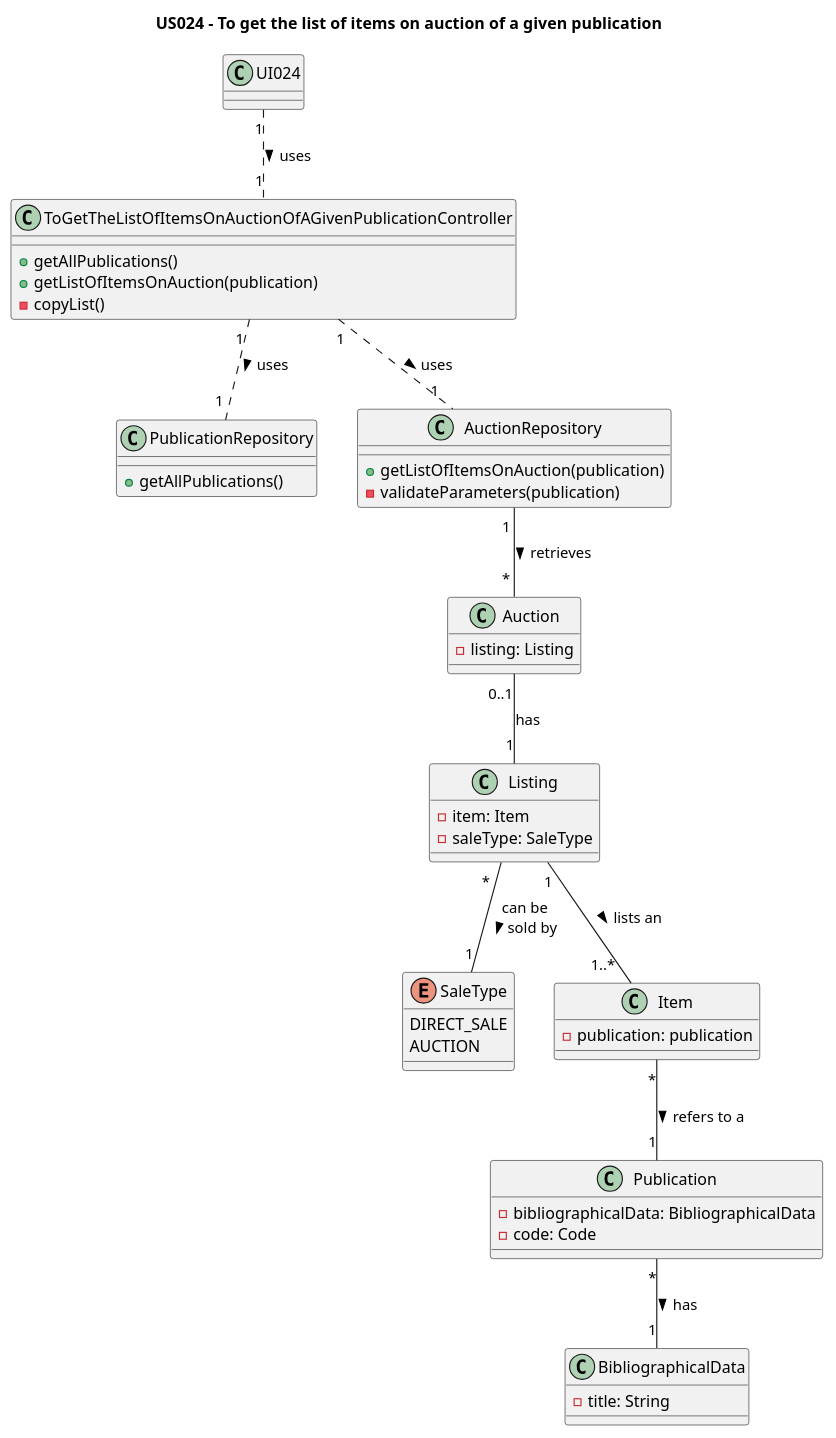
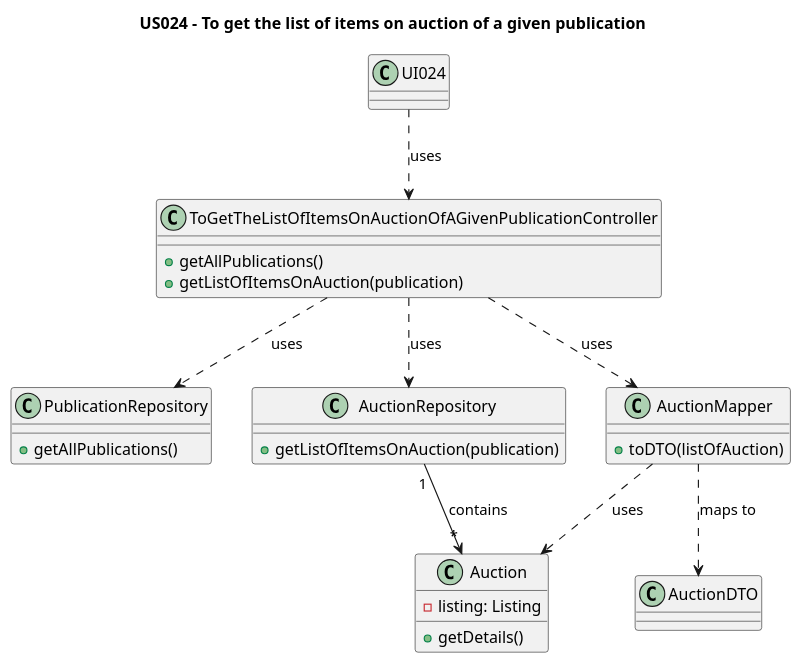
One commit to AndrePereiraGitH/SWitCH-Project-Team_A changed the diagram in Diagrams/ClassDiagrams/US024-to-get-the-list-of-items-on-auction-of-a-given-publication.puml. Above: the diagram before and after it, drawn with PlantUML. The commit also changed 6 other files, not shown here.

```diff
--- a/Diagrams/ClassDiagrams/US024-to-get-the-list-of-items-on-auction-of-a-given-publication.puml
+++ b/Diagrams/ClassDiagrams/US024-to-get-the-list-of-items-on-auction-of-a-given-publication.puml
@@ -1,67 +1,80 @@
 @startuml
 title US024 - To get the list of items on auction of a given publication
 
 class UI024 {
 
 }
 
 class ToGetTheListOfItemsOnAuctionOfAGivenPublicationController {
   +getAllPublications()
   +getListOfItemsOnAuction(publication)
-  -copyList()
 }
 
 class PublicationRepository{
     +getAllPublications()
 }
 
 class AuctionRepository {
   +getListOfItemsOnAuction(publication)
-  -validateParameters(publication)
 }
 
 class Auction {
  - listing: Listing
+   +getDetails()
 }
 
+class AuctionMapper {
+  +toDTO(listOfAuction)
+}
+
+class AuctionDTO {
+}
+
+/'
 class Listing {
   - item: Item
   - saleType: SaleType
 }
 
 enum SaleType {
     DIRECT_SALE
     AUCTION
 }
 
 ' class Item {
 '    - bibliographicalData: BibliographicalData
 '}
 
 class Item {
     - publication: publication
 }
 
 class Publication {
     - bibliographicalData: BibliographicalData
     - code: Code
 }
 
 class BibliographicalData {
     - title: String
 }
+'/
 
 ' Interactions
 
-UI024 "1" .. "1" ToGetTheListOfItemsOnAuctionOfAGivenPublicationController: uses >
-ToGetTheListOfItemsOnAuctionOfAGivenPublicationController  "1 " .. "1 " AuctionRepository : uses >
-ToGetTheListOfItemsOnAuctionOfAGivenPublicationController  "1 " .. "1 " PublicationRepository : uses >
-AuctionRepository "1 " -- " * " Auction : retrieves >
+UI024 ..> ToGetTheListOfItemsOnAuctionOfAGivenPublicationController: uses
+ToGetTheListOfItemsOnAuctionOfAGivenPublicationController ..> AuctionRepository : uses
+ToGetTheListOfItemsOnAuctionOfAGivenPublicationController ..> PublicationRepository : uses
+AuctionRepository "1" --> "*" Auction : contains
+ToGetTheListOfItemsOnAuctionOfAGivenPublicationController ..> AuctionMapper : uses
+AuctionMapper ..> AuctionDTO : maps to
+AuctionMapper ..> Auction : uses
+/'
 Auction "0..1" -- "1" Listing : has
 Listing "                                *" -- "1" SaleType : can be\nsold by >
 Listing "1" -- "1..*  " Item : lists an >
 ' Item "*" -- "1" BibliographicalData: has >
 Item "*" -- "1" Publication: refers to a >
 Publication "*" -- "1" BibliographicalData: has >
+'/
 
 @enduml
```
